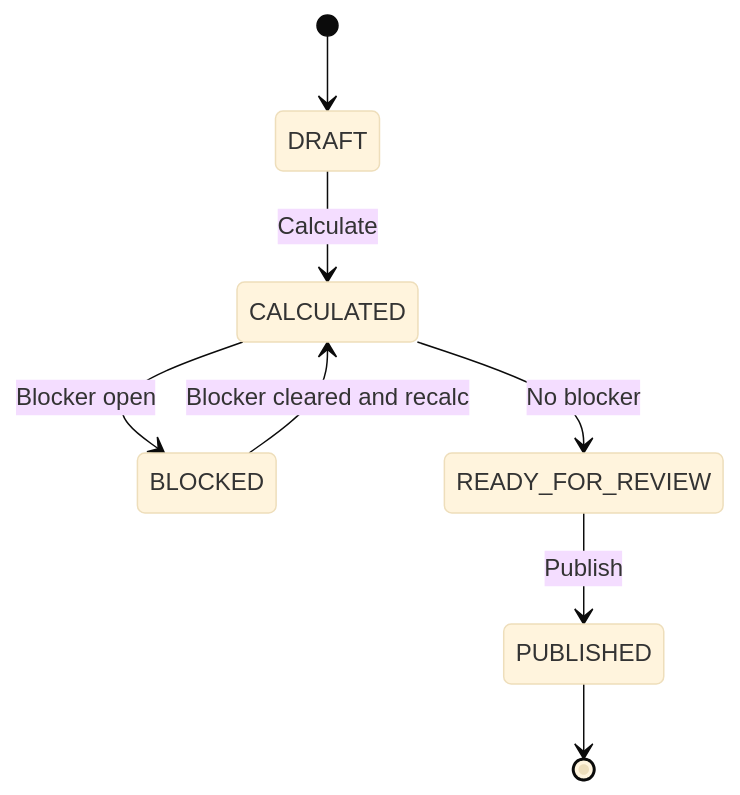
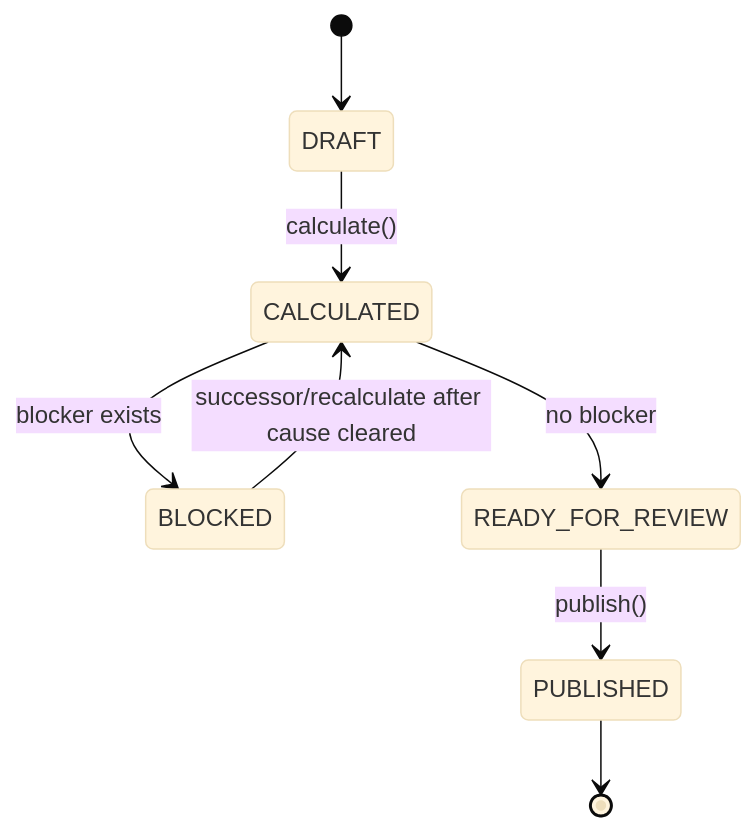
One commit to DsChien102/erp-sales-inventory changed the fourth of 5 diagrams in specs/themes/theme-07/02.specification/domain/domain-foundation/DOM-IV.md. Above: the diagram before and after it, drawn with Mermaid (base theme). The commit also changed other lines of this file and 4136 other files, not shown here.

````diff
--- a/specs/themes/theme-07/02.specification/domain/domain-foundation/DOM-IV.md
+++ b/specs/themes/theme-07/02.specification/domain/domain-foundation/DOM-IV.md
@@ -144,10 +125,10 @@
 ```mermaid
 stateDiagram-v2
     [*] --> DRAFT
-    DRAFT --> CALCULATED: Calculate
-    CALCULATED --> BLOCKED: Blocker open
-    CALCULATED --> READY_FOR_REVIEW: No blocker
-    BLOCKED --> CALCULATED: Blocker cleared and recalc
-    READY_FOR_REVIEW --> PUBLISHED: Publish
+    DRAFT --> CALCULATED: calculate()
+    CALCULATED --> BLOCKED: blocker exists
+    CALCULATED --> READY_FOR_REVIEW: no blocker
+    BLOCKED --> CALCULATED: successor/recalculate after cause cleared
+    READY_FOR_REVIEW --> PUBLISHED: publish()
     PUBLISHED --> [*]
 ```
````
